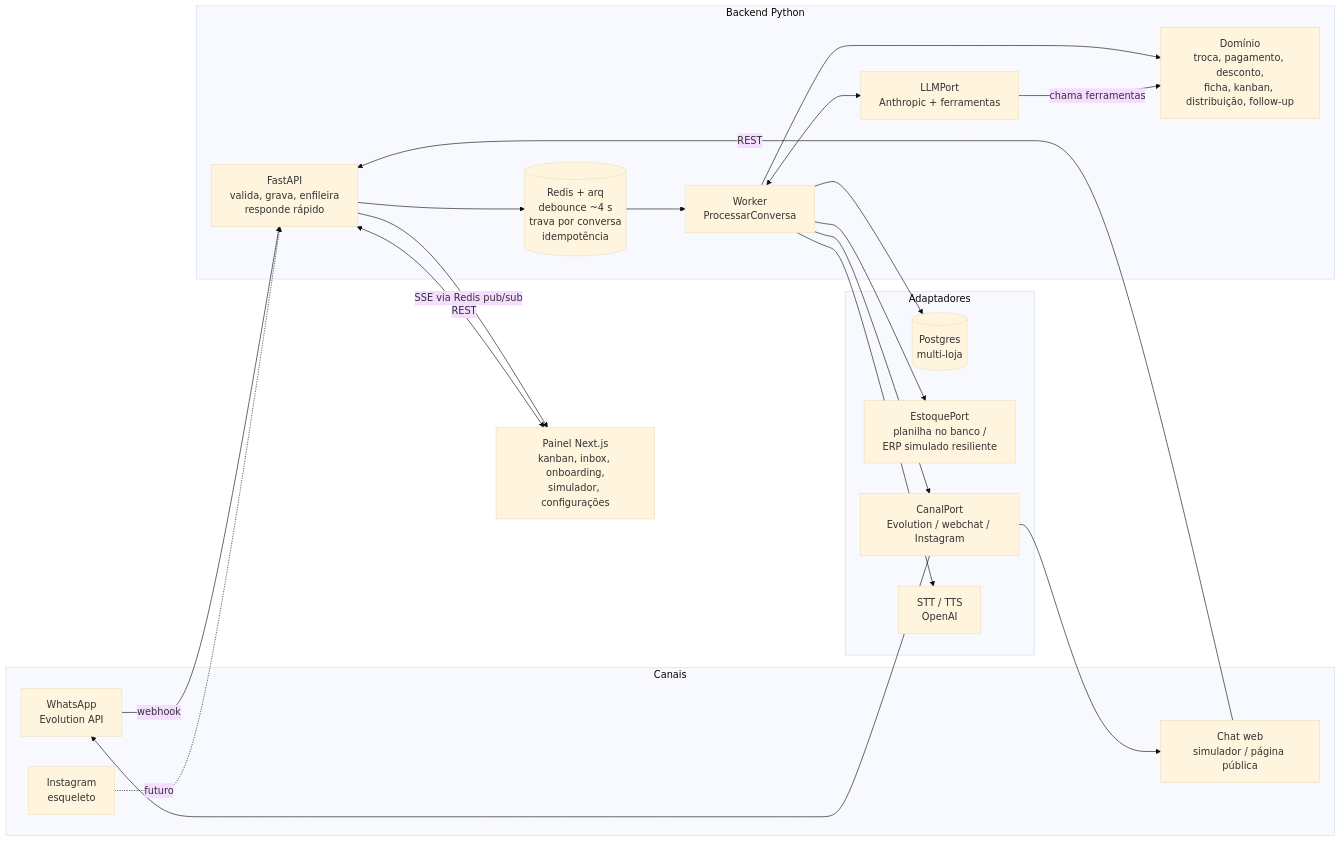
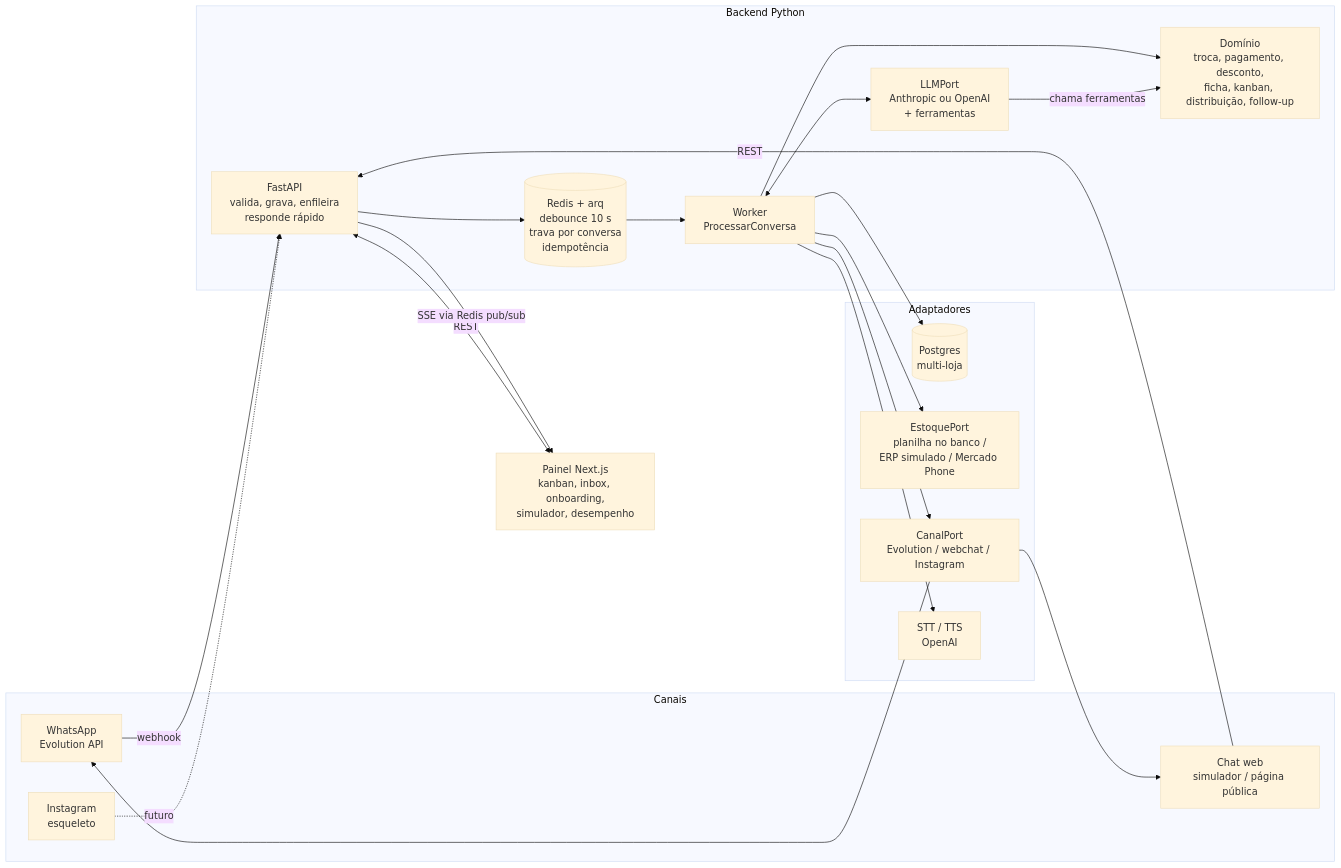
One commit to hOtoch/Agente-atendimento-mobile changed the diagram in README.md. Above: the diagram before and after it, drawn with Mermaid (base theme). The commit also changed other lines of this file, not shown here.

````diff
--- a/README.md
+++ b/README.md
@@ -41,43 +57,43 @@
 ```mermaid
 flowchart LR
     subgraph Canais
         WA[WhatsApp<br/>Evolution API]
         WEB[Chat web<br/>simulador / página pública]
         IG[Instagram<br/>esqueleto]
     end
 
     WA -->|webhook| API
     WEB -->|REST| API
     IG -.->|futuro| API
 
     subgraph Backend[Backend Python]
         API[FastAPI<br/>valida, grava, enfileira<br/>responde rápido]
-        FILA[(Redis + arq<br/>debounce ~4 s<br/>trava por conversa<br/>idempotência)]
+        FILA[(Redis + arq<br/>debounce 10 s<br/>trava por conversa<br/>idempotência)]
         WORKER[Worker<br/>ProcessarConversa]
-        LLM[LLMPort<br/>Anthropic + ferramentas]
+        LLM[LLMPort<br/>Anthropic ou OpenAI<br/>+ ferramentas]
         DOM[Domínio<br/>troca, pagamento, desconto,<br/>ficha, kanban, distribuição, follow-up]
     end
 
     API --> FILA --> WORKER
     WORKER <--> LLM
     WORKER --> DOM
     LLM -->|chama ferramentas| DOM
 
     subgraph Adaptadores
         PG[(Postgres<br/>multi-loja)]
-        EST[EstoquePort<br/>planilha no banco /<br/>ERP simulado resiliente]
+        EST[EstoquePort<br/>planilha no banco /<br/>ERP simulado / Mercado Phone]
         CAN[CanalPort<br/>Evolution / webchat / Instagram]
         AUD[STT / TTS<br/>OpenAI]
     end
 
     WORKER --> PG
     WORKER --> EST
     WORKER --> CAN
     WORKER --> AUD
     CAN --> WA
     CAN --> WEB
 
-    PNL[Painel Next.js<br/>kanban, inbox, onboarding,<br/>simulador, configurações]
+    PNL[Painel Next.js<br/>kanban, inbox, onboarding,<br/>simulador, desempenho]
     PNL <-->|REST| API
     API -->|SSE via Redis pub/sub| PNL
 ```
````
